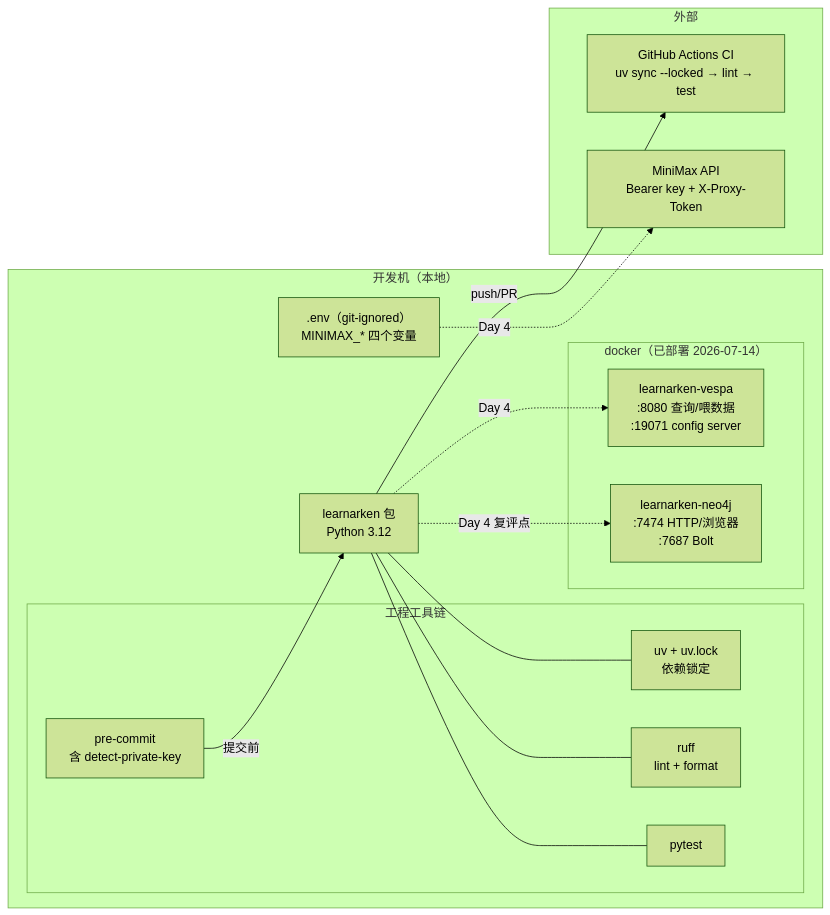
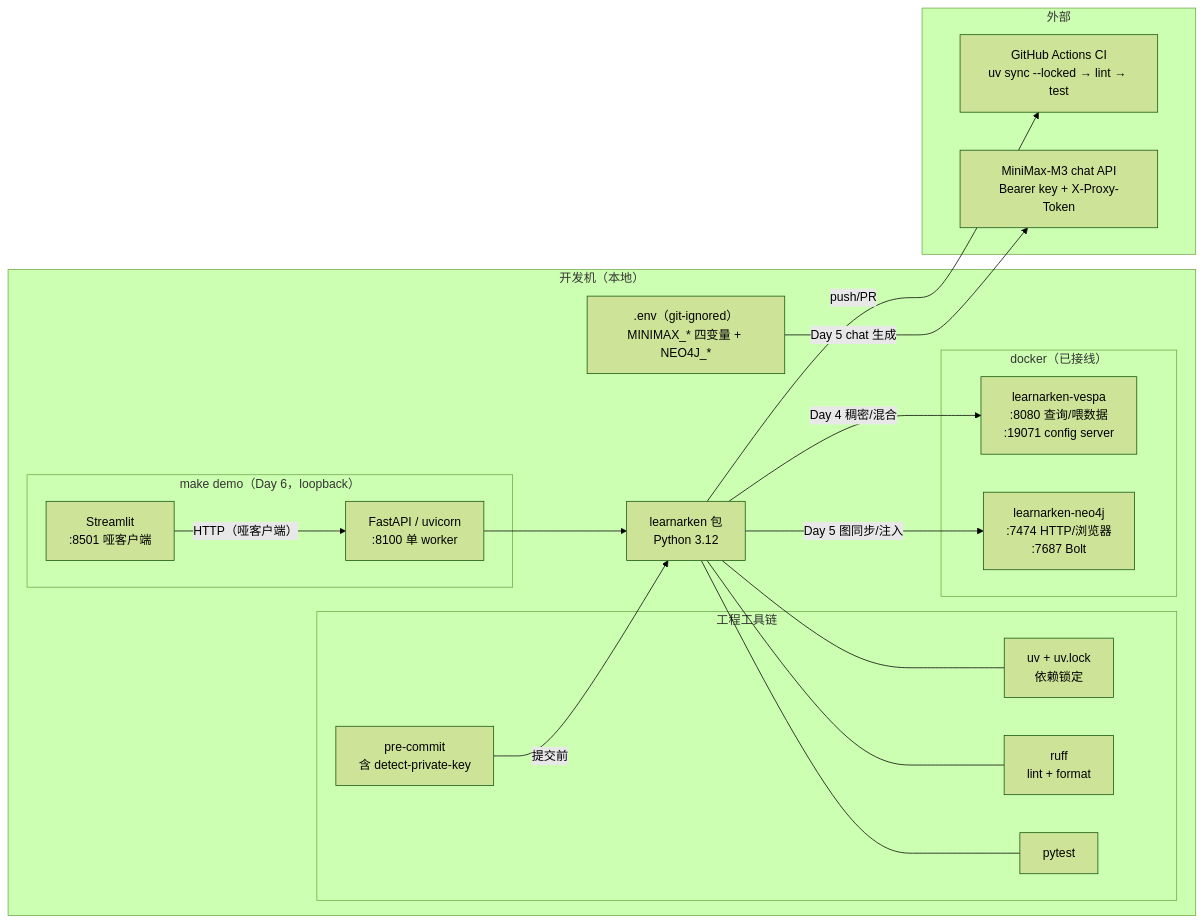
One commit to Osmond-Xin/LearnArken changed the diagram in docs/architecture/03-config-and-services.md. Above: the diagram before and after it, drawn with Mermaid (forest theme). The commit also changed other lines of this file and 5 other files, not shown here.

First line of the commit message:
docs(architecture): refresh snapshot to Day 6

````diff
--- a/docs/architecture/03-config-and-services.md
+++ b/docs/architecture/03-config-and-services.md
@@ -9,29 +10,35 @@
 ```mermaid
 flowchart LR
     subgraph DEV["开发机（本地）"]
         subgraph TOOL["工程工具链"]
             UV["uv + uv.lock<br/>依赖锁定"]
             RUFF["ruff<br/>lint + format"]
             PYTEST["pytest"]
             PC["pre-commit<br/>含 detect-private-key"]
         end
         CODE["learnarken 包<br/>Python 3.12"]
-        ENV[".env（git-ignored）<br/>MINIMAX_* 四个变量"]
-        subgraph DOCKER["docker（已部署 2026-07-14）"]
+        ENV[".env（git-ignored）<br/>MINIMAX_* 四变量 + NEO4J_*"]
+        subgraph DOCKER["docker（已接线）"]
             VESPA["learnarken-vespa<br/>:8080 查询/喂数据<br/>:19071 config server"]
             NEO["learnarken-neo4j<br/>:7474 HTTP/浏览器<br/>:7687 Bolt"]
+        end
+        subgraph DEMO["make demo（Day 6，loopback）"]
+            API["FastAPI / uvicorn<br/>:8100 单 worker"]
+            FE["Streamlit<br/>:8501 哑客户端"]
         end
     end
 
     subgraph CLOUD["外部"]
         GH["GitHub Actions CI<br/>uv sync --locked → lint → test"]
-        MM["MiniMax API<br/>Bearer key + X-Proxy-Token"]
+        MM["MiniMax-M3 chat API<br/>Bearer key + X-Proxy-Token"]
     end
 
     CODE --- UV & RUFF & PYTEST
     PC -->|"提交前"| CODE
     CODE -->|push/PR| GH
-    CODE -.->|Day 4| VESPA
-    CODE -.->|Day 4 复评点| NEO
-    ENV -.->|Day 4| MM
+    CODE -->|Day 4 稠密/混合| VESPA
+    CODE -->|Day 5 图同步/注入| NEO
+    ENV -->|Day 5 chat 生成| MM
+    FE -->|"HTTP（哑客户端）"| API
+    API --> CODE
 ```
````
